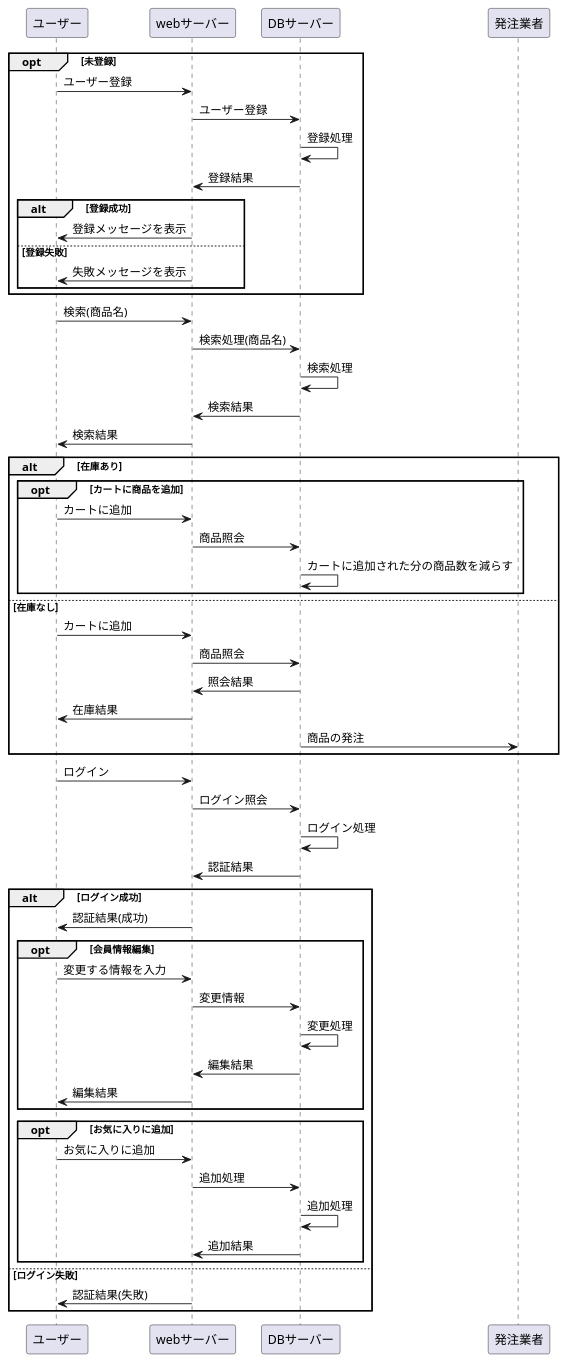
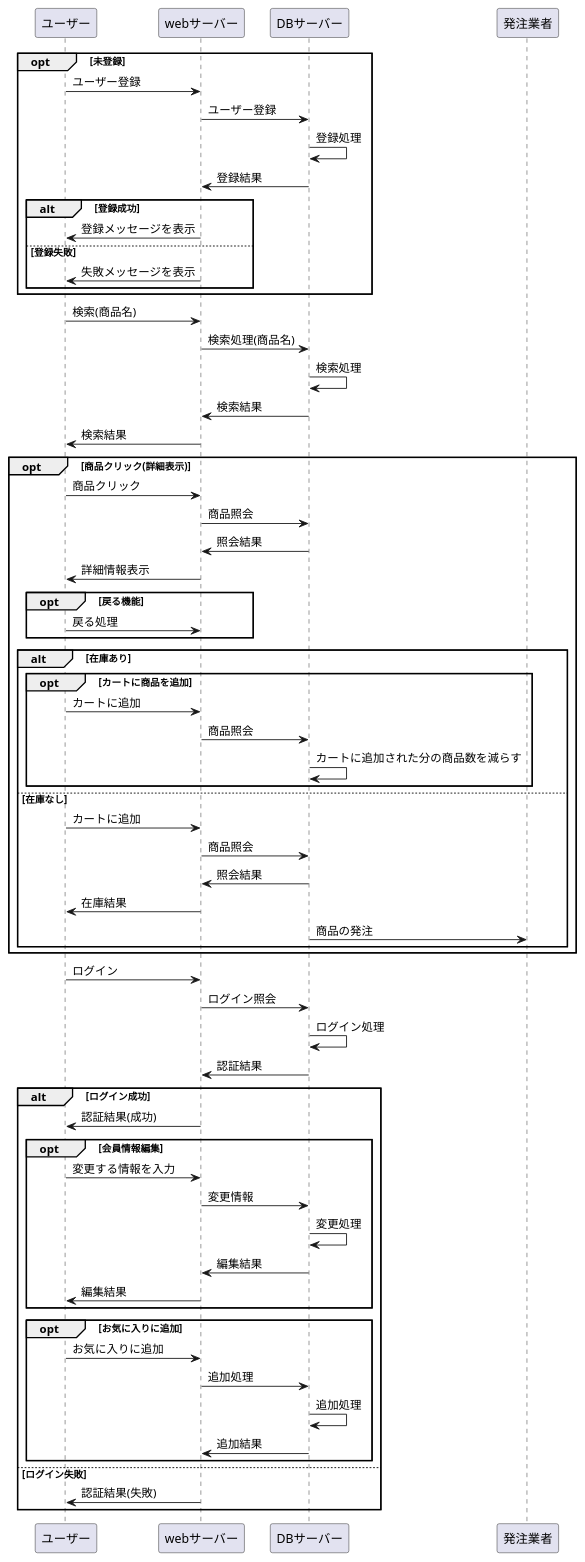
One commit to Aso2001174/2021sys-design changed the diagram in Rainbows/業務フロー.md. Above: the diagram before and after it, drawn with PlantUML.

````diff
--- a/Rainbows/業務フロー.md
+++ b/Rainbows/業務フロー.md
@@ -1,62 +1,72 @@
 ```uml
 @startuml
 opt 未登録
 ユーザー -> webサーバー : ユーザー登録
 webサーバー -> DBサーバー : ユーザー登録
 DBサーバー -> DBサーバー : 登録処理
 DBサーバー -> webサーバー : 登録結果
 
 alt 登録成功
 webサーバー -> ユーザー : 登録メッセージを表示
 else 登録失敗
 webサーバー -> ユーザー : 失敗メッセージを表示
+
 end
 end
 
 ユーザー -> webサーバー : 検索(商品名)
 webサーバー -> DBサーバー : 検索処理(商品名)
 DBサーバー -> DBサーバー : 検索処理
 DBサーバー -> webサーバー : 検索結果
 webサーバー -> ユーザー : 検索結果
 
+opt 商品クリック(詳細表示)
+ユーザー -> webサーバー : 商品クリック
+webサーバー -> DBサーバー : 商品照会
+DBサーバー -> webサーバー : 照会結果
+webサーバー -> ユーザー : 詳細情報表示
+opt 戻る機能
+ユーザー -> webサーバー : 戻る処理
+end
 alt 在庫あり
 opt カートに商品を追加
 ユーザー -> webサーバー : カートに追加
 webサーバー -> DBサーバー : 商品照会
 DBサーバー -> DBサーバー : カートに追加された分の商品数を減らす
 end
 else 在庫なし
 ユーザー -> webサーバー : カートに追加
 webサーバー -> DBサーバー : 商品照会
 DBサーバー -> webサーバー : 照会結果
 webサーバー -> ユーザー : 在庫結果
 DBサーバー -> 発注業者 : 商品の発注
+end
 end
 
 ユーザー -> webサーバー : ログイン
 webサーバー -> DBサーバー : ログイン照会
 DBサーバー -> DBサーバー : ログイン処理
 DBサーバー -> webサーバー : 認証結果
 
 alt ログイン成功
 webサーバー -> ユーザー : 認証結果(成功)
 
 opt 会員情報編集
 ユーザー -> webサーバー : 変更する情報を入力
 webサーバー -> DBサーバー :変更情報
 DBサーバー -> DBサーバー : 変更処理
 DBサーバー -> webサーバー : 編集結果
 webサーバー -> ユーザー : 編集結果
 end
 opt お気に入りに追加
 ユーザー -> webサーバー : お気に入りに追加
 webサーバー -> DBサーバー : 追加処理
 DBサーバー -> DBサーバー : 追加処理
 DBサーバー -> webサーバー : 追加結果
 end
 
 else ログイン失敗
 webサーバー -> ユーザー : 認証結果(失敗)
 end
 @enduml
 ```
````
